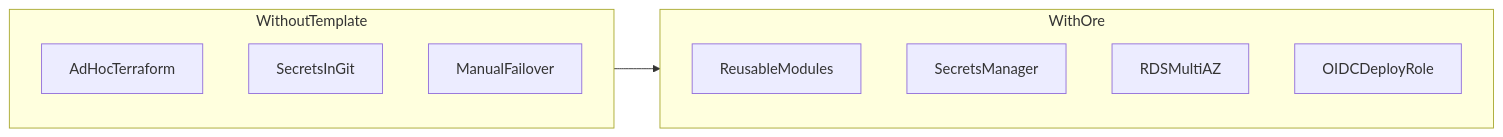
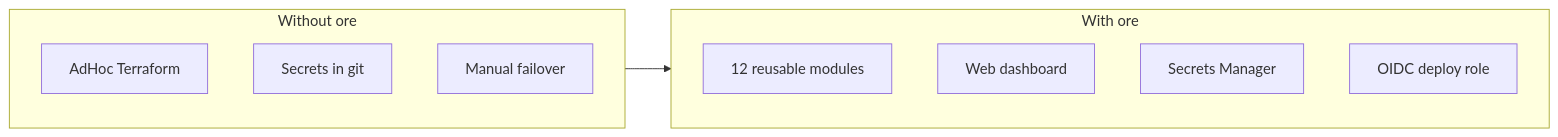
One commit to faharid/ore changed the diagram in README.md. Above: the diagram before and after it, drawn with Mermaid. The commit also changed other lines of this file and 90 other files, not shown here.

````diff
--- a/README.md
+++ b/README.md
@@ -18,15 +49,15 @@
 ```mermaid
 flowchart LR
-  subgraph before [WithoutTemplate]
-    AdHoc[AdHocTerraform]
-    Leaks[SecretsInGit]
-    Downtime[ManualFailover]
+  subgraph before [Without ore]
+    AdHoc[AdHoc Terraform]
+    Leaks[Secrets in git]
+    Downtime[Manual failover]
   end
-  subgraph after [WithOre]
-    Modules[ReusableModules]
-    SM[SecretsManager]
-    MultiAZ[RDSMultiAZ]
-    OIDC[OIDCDeployRole]
+  subgraph after [With ore]
+    Modules[12 reusable modules]
+    UI[Web dashboard]
+    SM[Secrets Manager]
+    OIDC[OIDC deploy role]
   end
   before --> after
 ```
````
